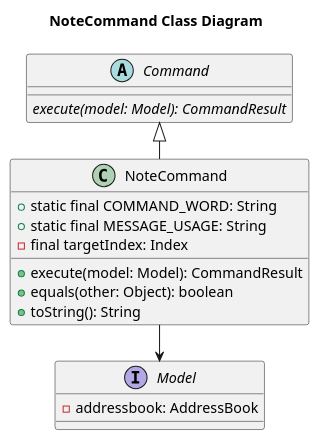
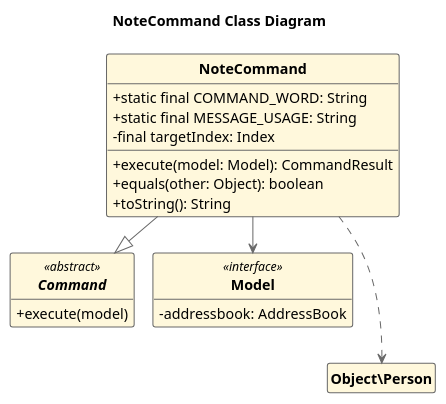
Before and after one commit to AY2324S2-CS2103T-F14-1/tp: the diagram in diagrams/NoteCommandClassDiagram.puml, drawn with PlantUML. The commit also changed 40 other files, not shown here.

```diff
--- a/diagrams/NoteCommandClassDiagram.puml
+++ b/diagrams/NoteCommandClassDiagram.puml
@@ -1,24 +1,46 @@
 @startuml
 !pragma layout smetana
 
+hide empty attributes
+hide empty methods
+hide circle
+
+skinparam shadowing false
+skinparam classFontStyle Bold
+skinparam ActivityBackgroundColor Silver
+skinparam ActivityBorderColor DimGray
+
+skinparam classAttributeIconSize 0
+
+skinparam class {
+    BackgroundColor Cornsilk
+    ArrowColor DimGray
+    BorderThickness 1
+    BorderColor DimGray
+}
+
 title NoteCommand Class Diagram
 
-abstract class Command {
-    {abstract} execute(model: Model): CommandResult
+Interface "Command" as Object\Command <<abstract>> {
+    + execute(model)
 }
 
-class NoteCommand extends Command {
-    +static final COMMAND_WORD: String
-    +static final MESSAGE_USAGE: String
-    -final targetIndex: Index
-    +execute(model: Model): CommandResult
-    +equals(other: Object): boolean
-    +toString(): String
+class "NoteCommand" as Object\NoteCommand {
+     +static final COMMAND_WORD: String
+     +static final MESSAGE_USAGE: String
+     - final targetIndex: Index
+     +execute(model: Model): CommandResult
+     +equals(other: Object): boolean
+     +toString(): String
 }
 
-interface Model {
-    -addressbook: AddressBook
+class "Model" as Object\Model <<interface>> {
+    - addressbook: AddressBook
 }
 
-NoteCommand --> Model
+Object\NoteCommand --> Object\Model
+Object\NoteCommand ...> Object\Person
+Object\NoteCommand --|> Object\Command
+
+
 @enduml
```
